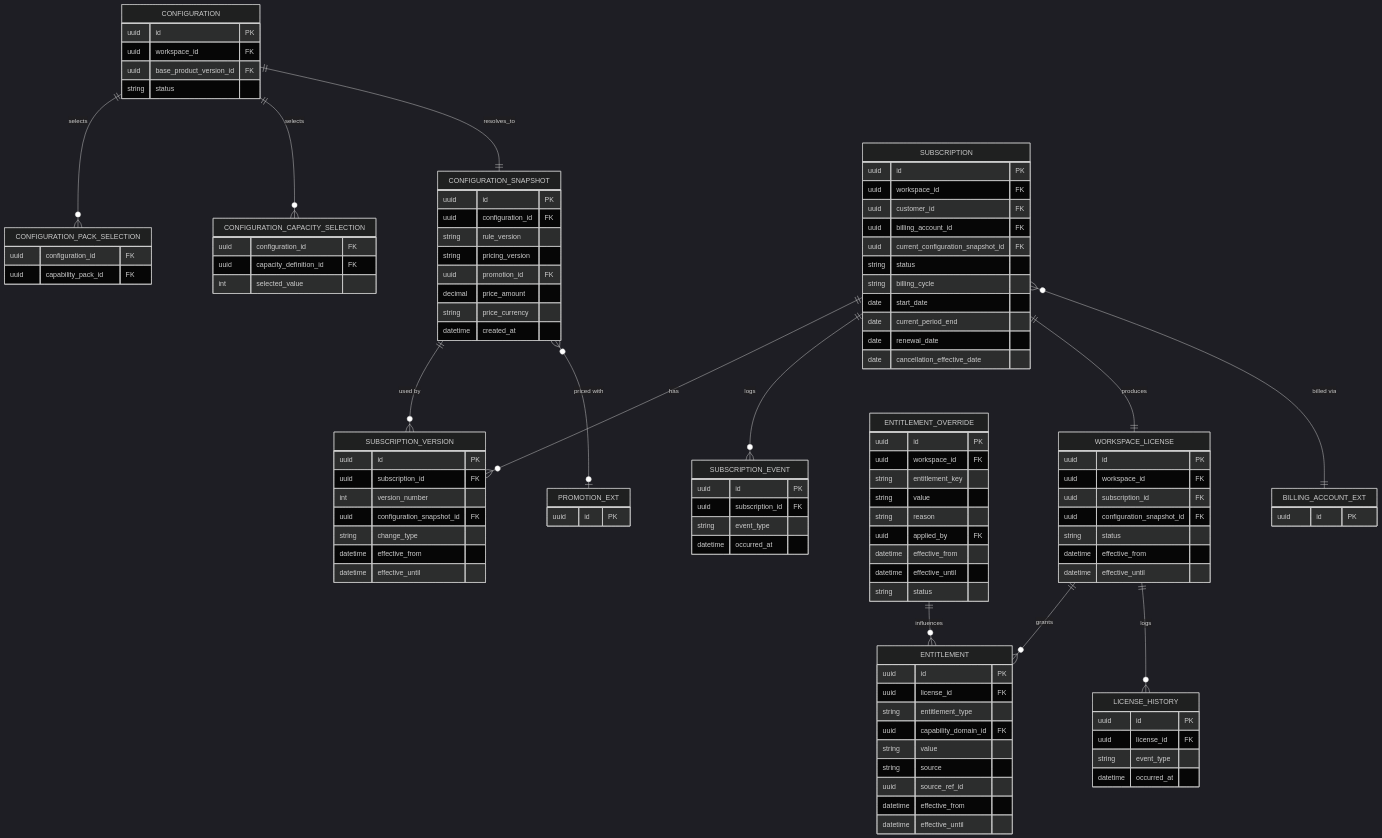
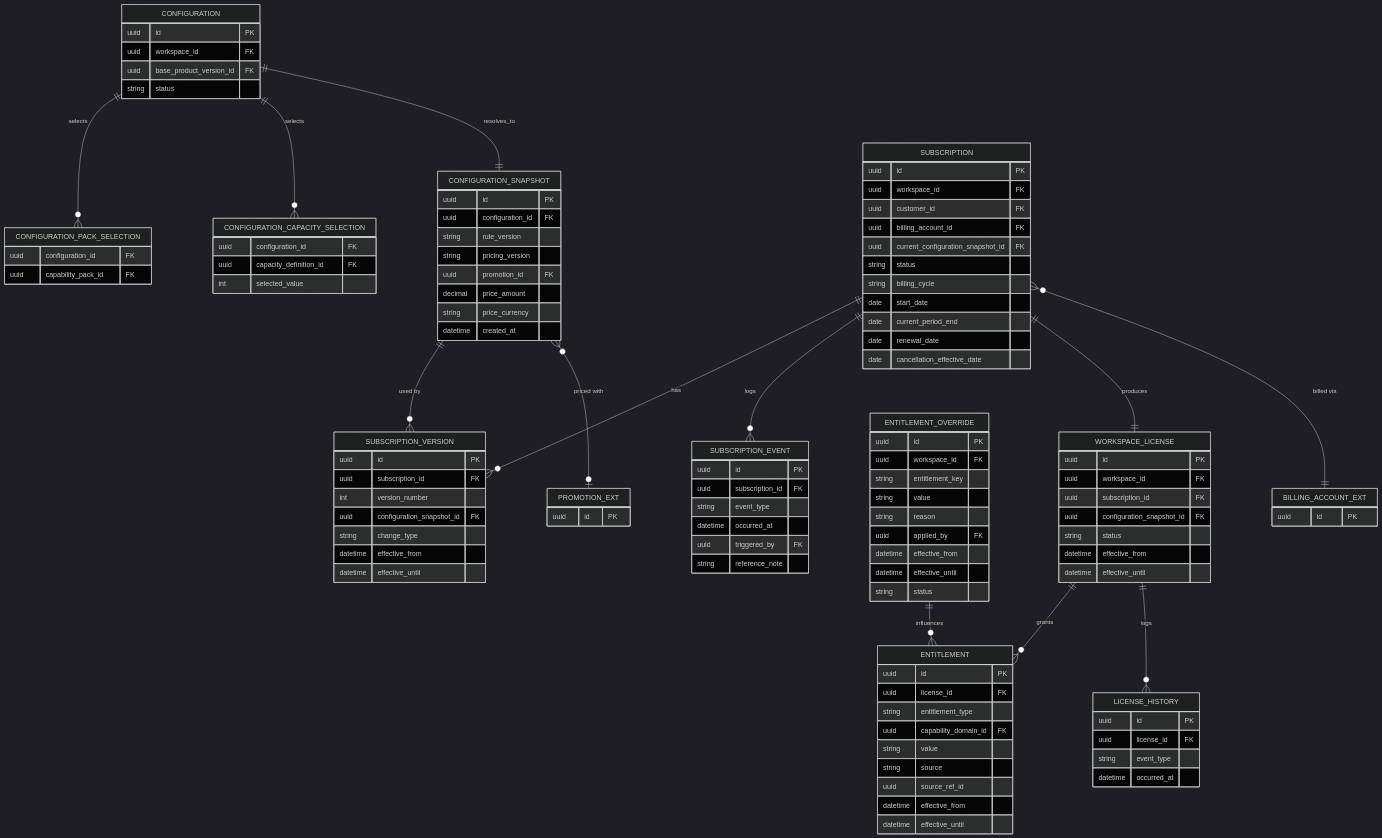
One commit to Doaa1982/Platform changed the second of 2 diagrams in Documents/Commercial Domain Data Model.md. Above: the diagram before and after it, drawn with Mermaid (dark theme). The commit also changed other lines of this file and 14 other files, not shown here.

```diff
--- a/Documents/Commercial Domain Data Model.md
+++ b/Documents/Commercial Domain Data Model.md
@@ -189,6 +191,8 @@
         uuid subscription_id FK
         string event_type
         datetime occurred_at
+        uuid triggered_by FK
+        string reference_note
     }
     WORKSPACE_LICENSE {
         uuid id PK
```
